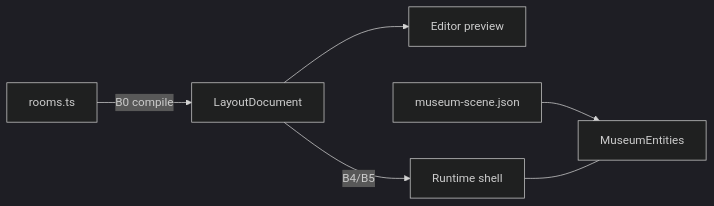
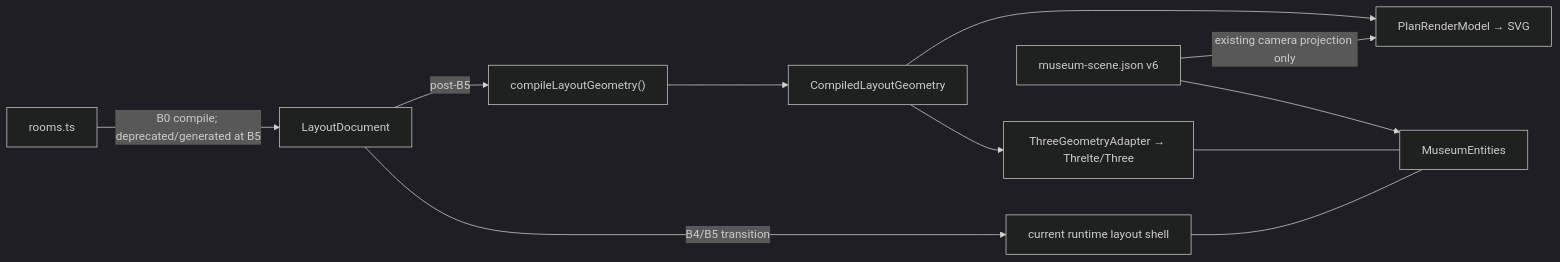
The diagram in docs/architecture.md (toni8699/Museum), drawn with Mermaid (dark theme) before and after one commit. The commit also changed other lines of this file and 28 other files, not shown here.

````diff
--- a/docs/architecture.md
+++ b/docs/architecture.md
@@ -26,8 +29,13 @@
 ```mermaid
 flowchart LR
-  rooms["rooms.ts"] -->|B0 compile| layout["LayoutDocument"]
-  layout --> preview[Editor preview]
-  layout -->|B4/B5| shell[Runtime shell]
-  scene["museum-scene.json"] --> entities[MuseumEntities]
+  rooms["rooms.ts"] -->|B0 compile; deprecated/generated at B5| layout["LayoutDocument"]
+  layout -->|post-B5| compile["compileLayoutGeometry()"]
+  compile --> compiled["CompiledLayoutGeometry"]
+  compiled --> plan["PlanRenderModel → SVG"]
+  compiled --> three["ThreeGeometryAdapter → Threlte/Three"]
+  layout -->|B4/B5 transition| shell["current runtime layout shell"]
+  scene["museum-scene.json v6"] --> entities[MuseumEntities]
+  scene -->|existing camera projection only| plan
+  three --- entities
   shell --- entities
 ```
````
